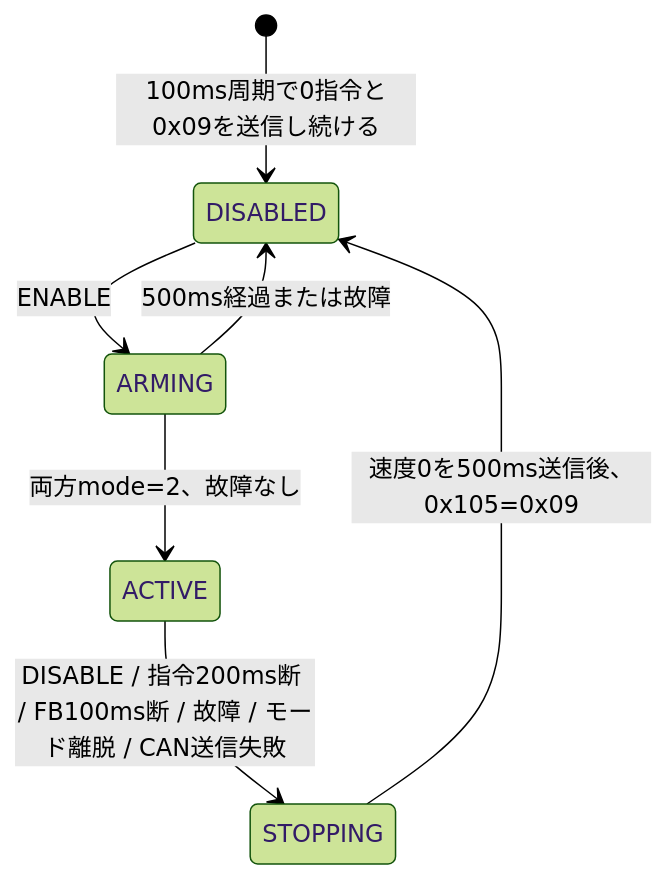
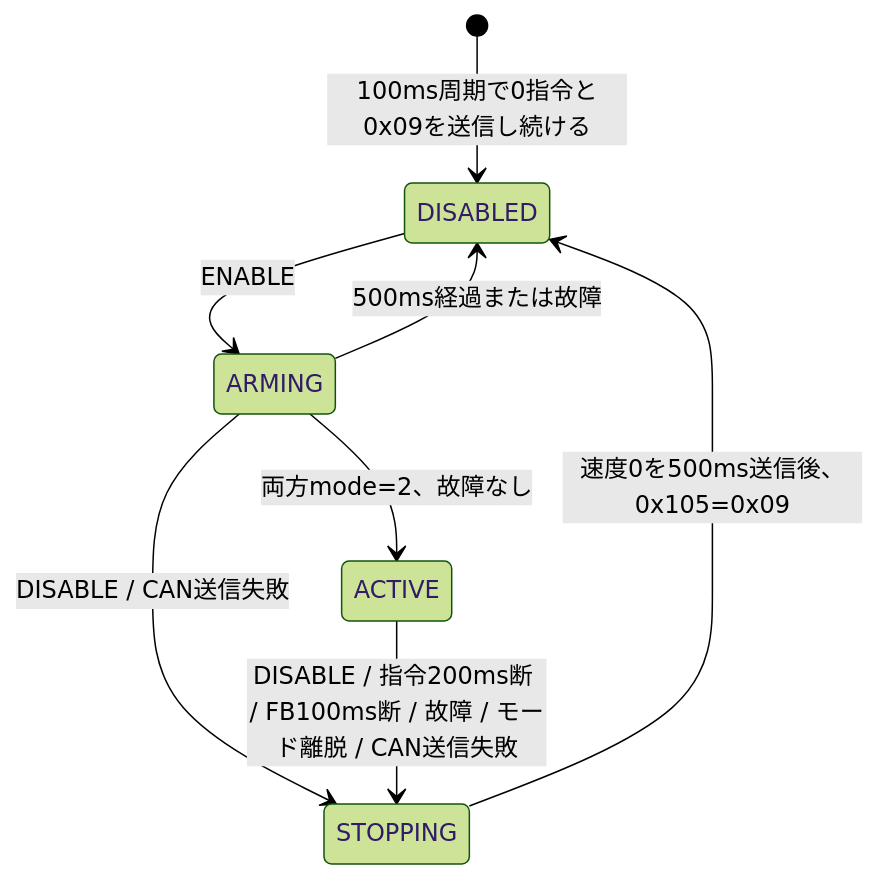
The third of 4 diagrams in docs/can_bridge_design.md (RoboCupper-tsukuchallebu/tsukuchalle_drivers), drawn with Mermaid (forest theme) before and after one commit. The commit also changed 3 other files, not shown here.

Commit message:
fix: make pad disable robust against ARMING and lost frames; ignore Start after /joy silence

````diff
--- a/docs/can_bridge_design.md
+++ b/docs/can_bridge_design.md
@@ -94,9 +94,10 @@
 ```mermaid
 stateDiagram-v2
     [*] --> DISABLED: 100ms周期で0指令と0x09を送信し続ける
     DISABLED --> ARMING: ENABLE
     ARMING --> ACTIVE: 両方mode=2、故障なし
     ARMING --> DISABLED: 500ms経過または故障
+    ARMING --> STOPPING: DISABLE / CAN送信失敗
     ACTIVE --> STOPPING: DISABLE / 指令200ms断 / FB100ms断 / 故障 / モード離脱 / CAN送信失敗
     STOPPING --> DISABLED: 速度0を500ms送信後、0x105=0x09
 ```
````
